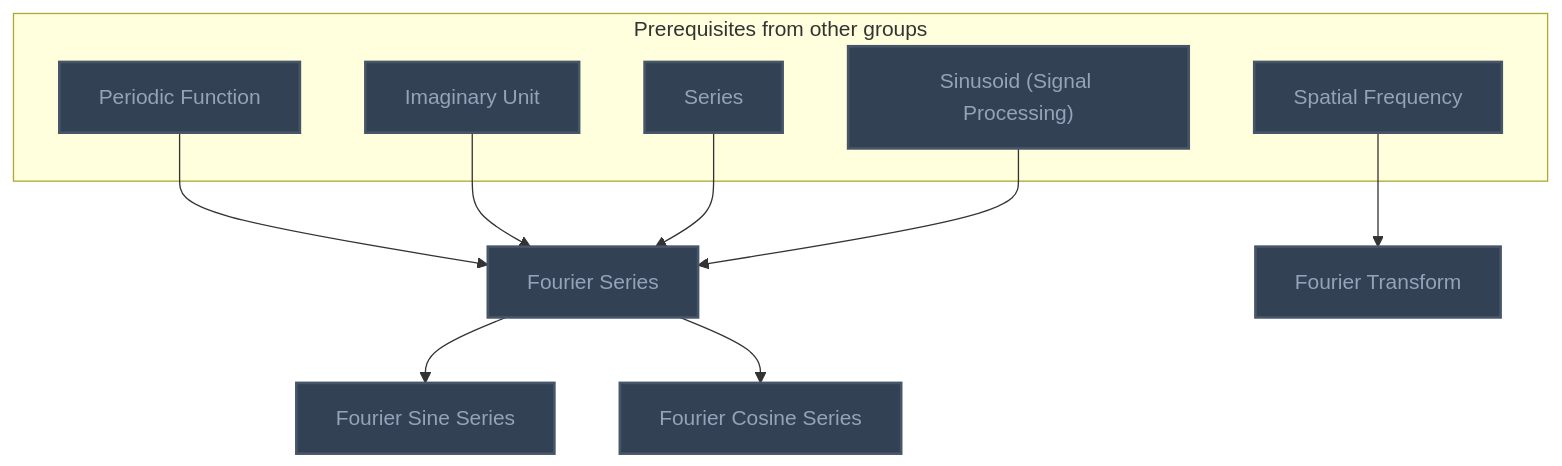
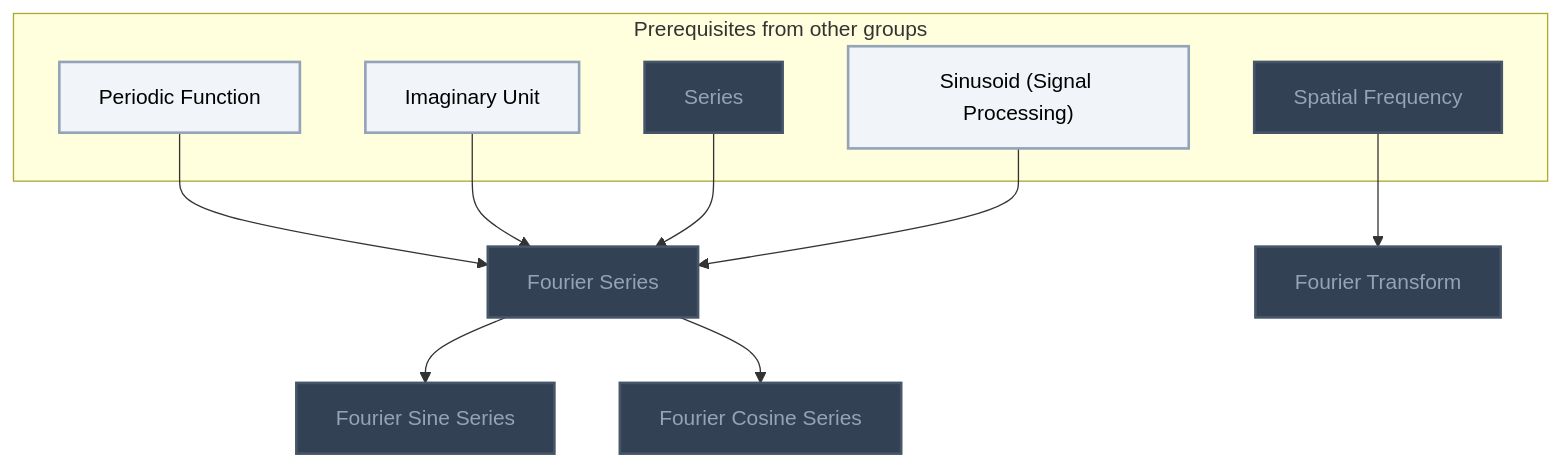
Before and after one commit to MRauf1/My-Notes: diagram 22 of 22 in Gamification/Skill Trees/Real Analysis.md, drawn with Mermaid. The commit also changed other lines of this file and 156 other files, not shown here.

````diff
--- a/Gamification/Skill Trees/Real Analysis.md
+++ b/Gamification/Skill Trees/Real Analysis.md
@@ -1465,32 +1496,33 @@
 ```mermaid
 flowchart TD
     classDef planned fill:#1E293B,stroke:#64748B,stroke-width:2px,stroke-dasharray:5 5,color:#94A3B8;
     classDef locked fill:#334155,stroke:#475569,stroke-width:2px,color:#94A3B8;
     classDef L0 fill:#F1F5F9,stroke:#94A3B8,stroke-width:2px,color:#000000;
     classDef L1 fill:#22C55E,stroke:#15803D,stroke-width:2px,color:#000000;
     classDef L2 fill:#3B82F6,stroke:#1D4ED8,stroke-width:3px,color:#FFFFFF;
     classDef L3 fill:#A855F7,stroke:#6B21A8,stroke-width:3px,color:#FFFFFF,font-weight:bold;
     classDef L4 fill:#F97316,stroke:#C2410C,stroke-width:4px,color:#000000,font-weight:bold;
     classDef L5 fill:#FFD700,stroke:#FF8C00,stroke-width:5px,color:#000000,font-weight:bold;
     classDef rusty stroke:#8B4513,stroke-width:4px,stroke-dasharray:3 3;
     subgraph sg_prereqs["Prerequisites from other groups"]
         n_periodic_function["Periodic Function"]
         n_imaginary_unit["Imaginary Unit"]
         n_series["Series"]
         n_sinusoid_signal_processing["Sinusoid (Signal Processing)"]
         n_spatial_frequency["Spatial Frequency"]
     end
     n_fourier_series["Fourier Series"]
     n_fourier_sine_series["Fourier Sine Series"]
     n_fourier_cosine_series["Fourier Cosine Series"]
     n_fourier_transform["Fourier Transform"]
     n_periodic_function --> n_fourier_series
     n_imaginary_unit --> n_fourier_series
     n_series --> n_fourier_series
     n_sinusoid_signal_processing --> n_fourier_series
     n_fourier_series --> n_fourier_sine_series
     n_fourier_series --> n_fourier_cosine_series
     n_spatial_frequency --> n_fourier_transform
-    class n_periodic_function,n_imaginary_unit,n_series,n_sinusoid_signal_processing,n_spatial_frequency,n_fourier_series,n_fourier_sine_series,n_fourier_cosine_series,n_fourier_transform locked;
+    class n_series,n_spatial_frequency,n_fourier_series,n_fourier_sine_series,n_fourier_cosine_series,n_fourier_transform locked;
+    class n_periodic_function,n_imaginary_unit,n_sinusoid_signal_processing L0;
     class n_periodic_function,n_imaginary_unit,n_series,n_sinusoid_signal_processing,n_spatial_frequency,n_fourier_series,n_fourier_sine_series,n_fourier_cosine_series,n_fourier_transform internal-link;
 ```
````
